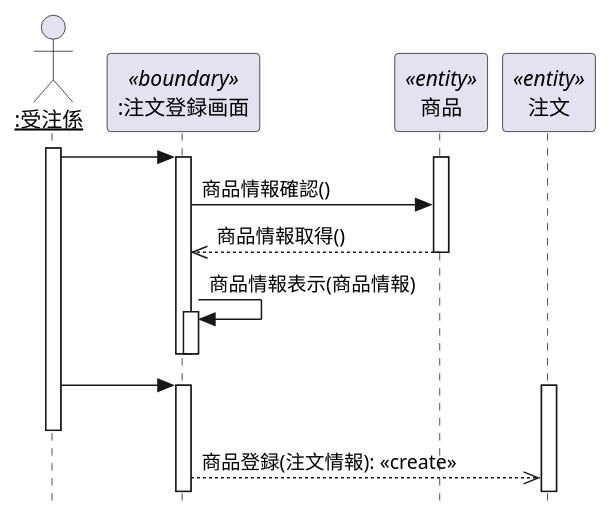
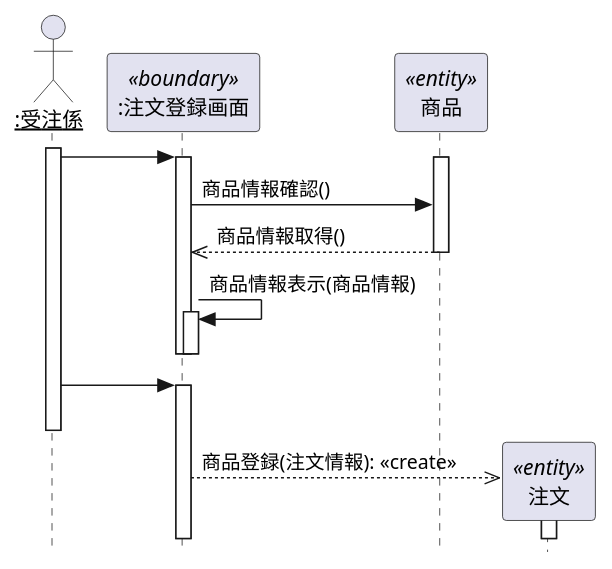
One commit to Takhshi/uml-introduction changed the diagram in 演習4-4_SD_商品注文.pu. Above: the diagram before and after it, drawn with PlantUML.

Commit message:
演習4-4の修正

```diff
--- a/演習4-4_SD_商品注文.pu
+++ b/演習4-4_SD_商品注文.pu
@@ -1,27 +1,27 @@
 @startuml 商品注文
 hide footbox
 skinparam style strictuml
 actor "<U>:受注係</u>" as order
 participant ":注文登録画面" as boundary <<boundary>>
 participant "商品" as entity1 <<entity>>
 participant "注文" as entity2 <<entity>>
 
 activate order
     order -> boundary
     activate boundary
         activate entity1
             boundary -> entity1: 商品情報確認()
             entity1 -->> boundary: 商品情報取得()
         deactivate entity1
         boundary -> boundary: 商品情報表示(商品情報)
             activate boundary
             deactivate boundary
     deactivate boundary
     order -> boundary
     activate boundary
 deactivate order
-activate entity2
+create entity2
     boundary -->> entity2: 商品登録(注文情報): <<create>>
-
+    activate entity2
 
 @enduml
```
